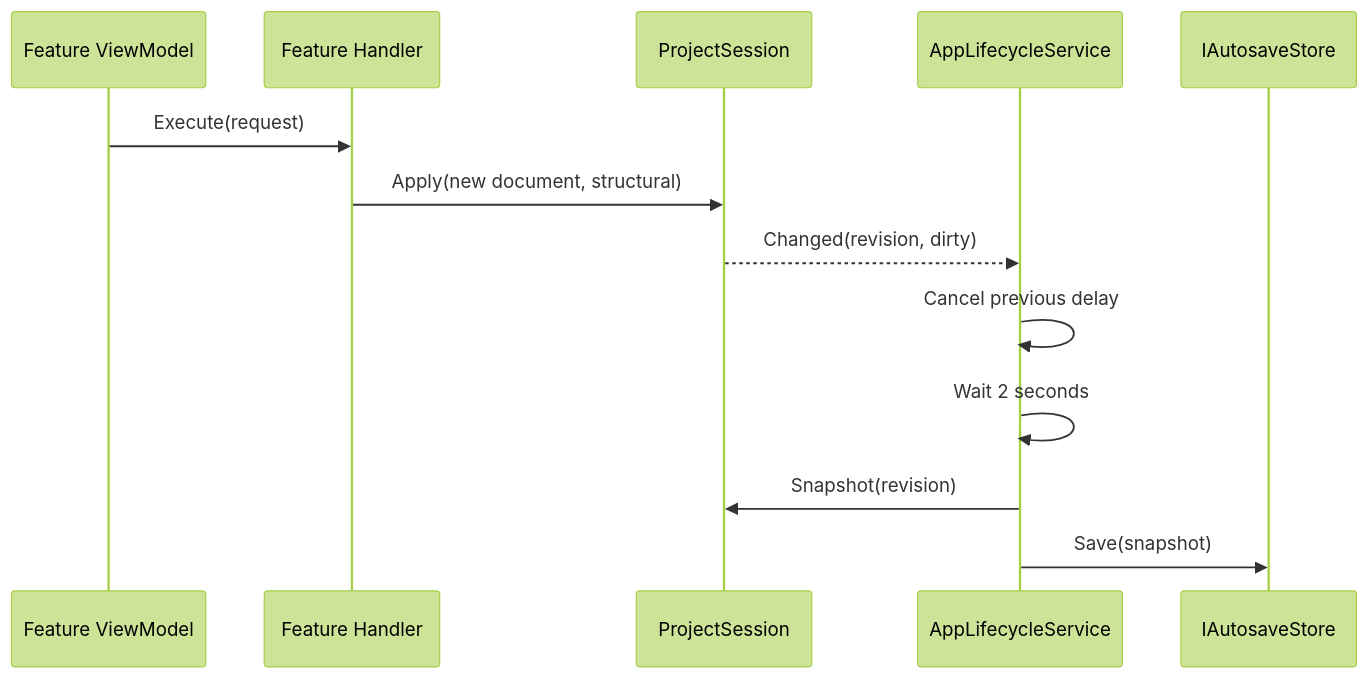
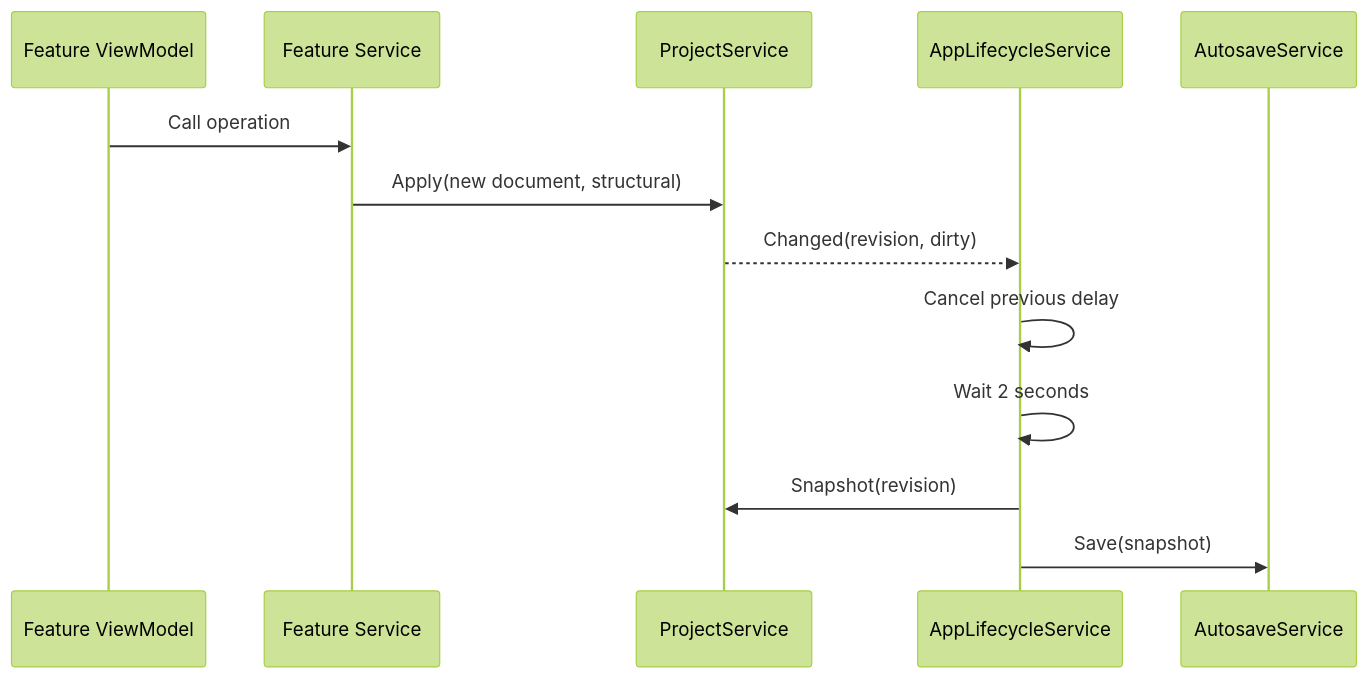
One commit to alucardGonza/CineSched_D.G.D changed the fourth of 6 diagrams in ARCHITECTURE.md. Above: the diagram before and after it, drawn with Mermaid (forest theme). The commit also changed other lines of this file and 2 other files, not shown here.

````diff
--- a/ARCHITECTURE.md
+++ b/ARCHITECTURE.md
@@ -506,16 +478,16 @@
 ```mermaid
 sequenceDiagram
     participant VM as Feature ViewModel
-    participant Handler as Feature Handler
-    participant Session as ProjectSession
+    participant Service as Feature Service
+    participant Projects as ProjectService
     participant Lifecycle as AppLifecycleService
-    participant Store as IAutosaveStore
+    participant Store as AutosaveService
 
-    VM->>Handler: Execute(request)
-    Handler->>Session: Apply(new document, structural)
-    Session-->>Lifecycle: Changed(revision, dirty)
+    VM->>Service: Call operation
+    Service->>Projects: Apply(new document, structural)
+    Projects-->>Lifecycle: Changed(revision, dirty)
     Lifecycle->>Lifecycle: Cancel previous delay
     Lifecycle->>Lifecycle: Wait 2 seconds
-    Lifecycle->>Session: Snapshot(revision)
+    Lifecycle->>Projects: Snapshot(revision)
     Lifecycle->>Store: Save(snapshot)
 ```
````
